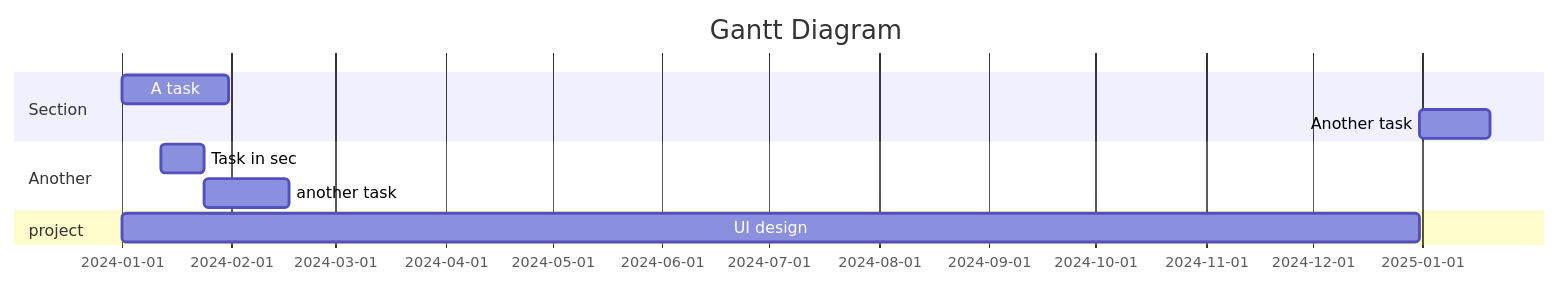
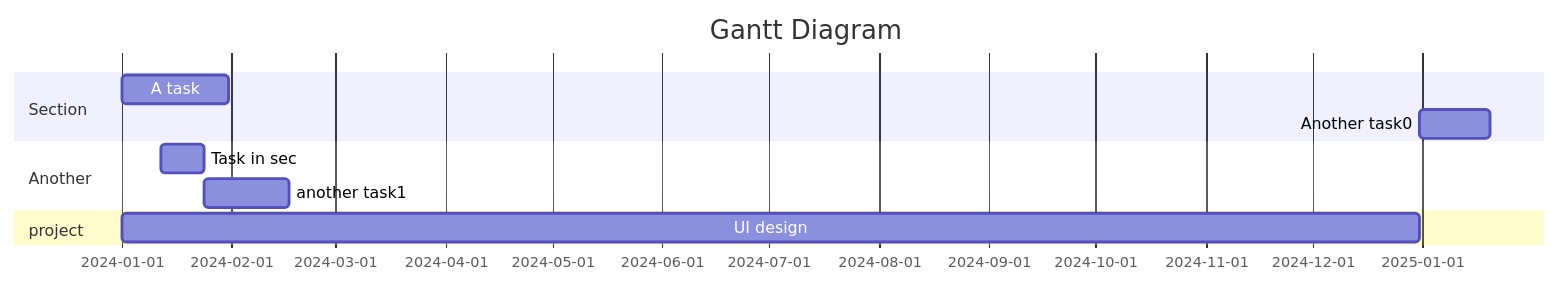
The diagram in all/Code Gantt Chart.md (z9wen/iodraw-files), drawn with Mermaid before and after one commit.

Commit message:
2024-03-29 10:59:25 update

````diff
--- a/all/Code Gantt Chart.md
+++ b/all/Code Gantt Chart.md
@@ -1,13 +1,14 @@
 ```mermaid
 gantt
     title Gantt Diagram
     dateFormat  YYYY-MM-DD
+
     section Section
     A task           :a1, 2024-01-01, 30d
-    Another task     :after a1  , 20d
+    Another task0     :after a1  , 20d
     section Another
     Task in sec      :2024-01-12  , 12d
-    another task      : 24d
+    another task1      : 24d
     section project
     UI design        :a1, 2024-01-01, 365d
 ```
````
